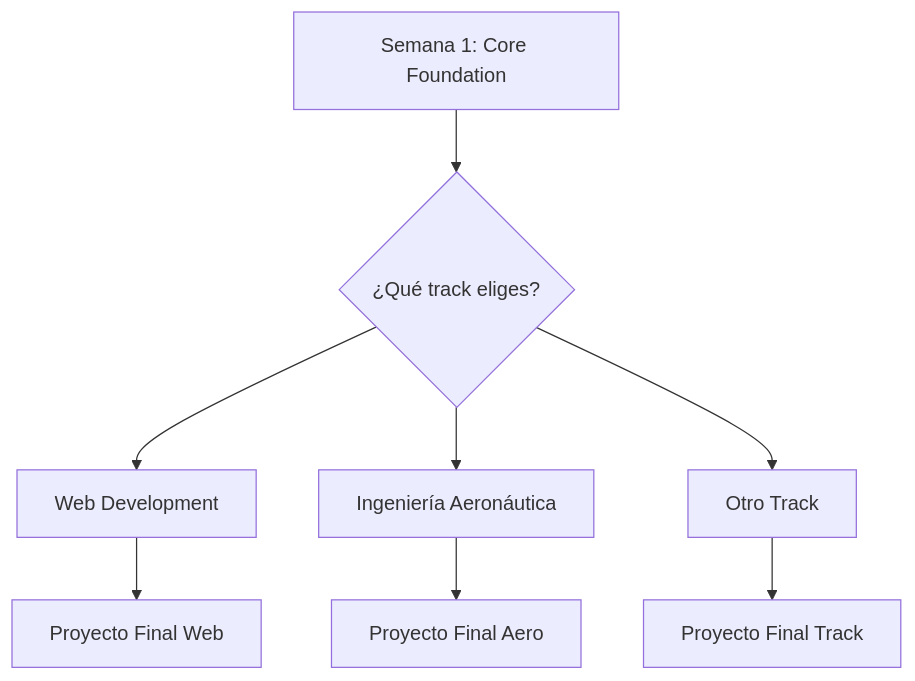
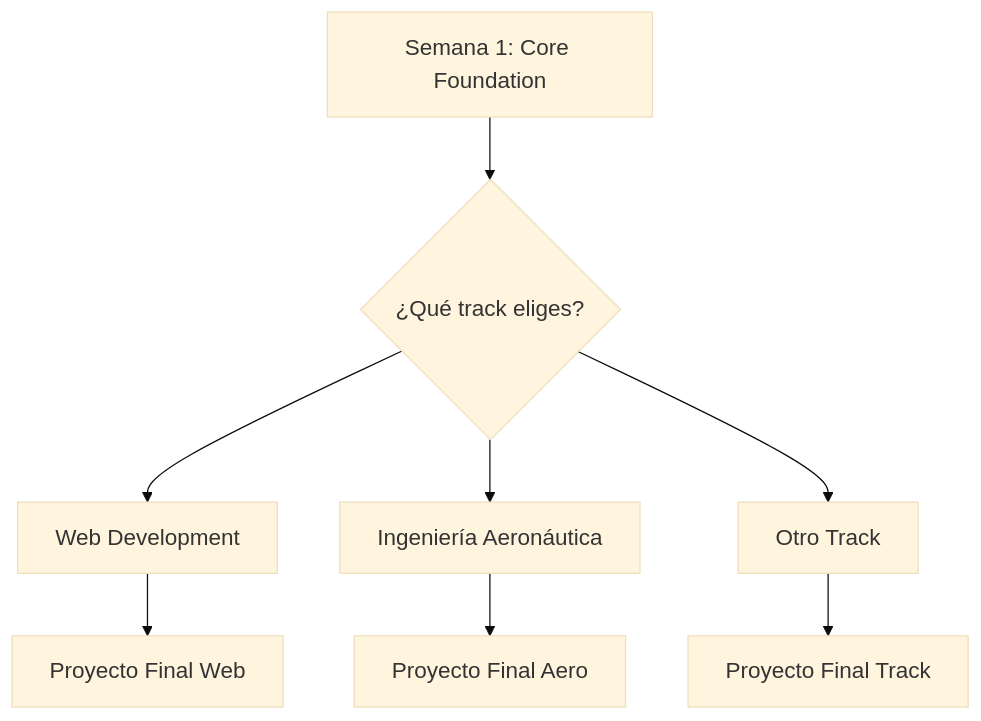
The diagram in courses/🟡-development/FPUNA-2026/students/STUDENT-GUIDE.md (Ai-Whisperers/Courses-Content), drawn with Mermaid before and after one commit. The commit also changed 47 other files, not shown here.

First line of the commit message:
fix: Make all 473 diagrams WCAG AAA accessible (FPUNA-2026)

````diff
--- a/courses/🟡-development/FPUNA-2026/students/STUDENT-GUIDE.md
+++ b/courses/🟡-development/FPUNA-2026/students/STUDENT-GUIDE.md
@@ -230,10 +230,11 @@
 ```mermaid
+%%{init: {'theme':'base', 'themeVariables': {'fontSize':'18px'}}}%%
 graph TD
     A[Semana 1: Core Foundation] --> B{¿Qué track eliges?}
     B --> C[Web Development]
     B --> D[Ingeniería Aeronáutica]
     B --> E[Otro Track]
     C --> F[Proyecto Final Web]
     D --> G[Proyecto Final Aero]
     E --> H[Proyecto Final Track]
 ```
````
